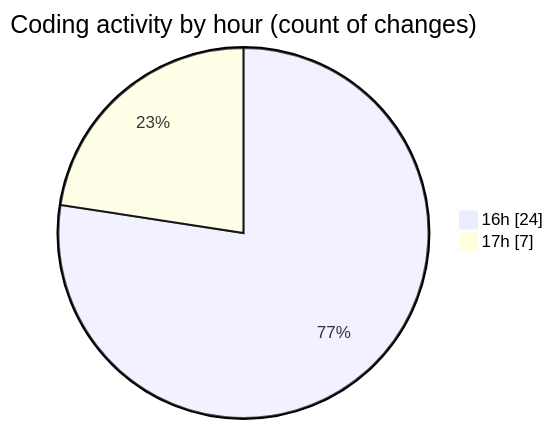
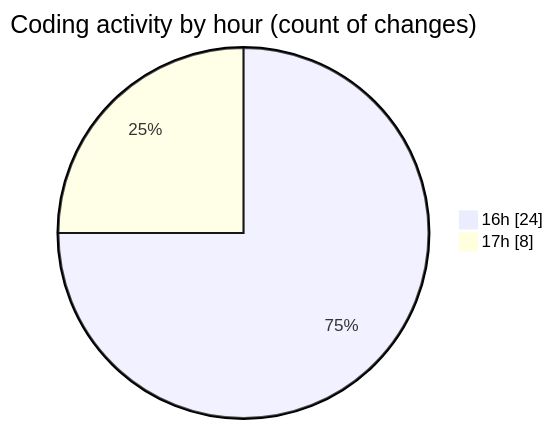
Before and after one commit to donsfak/code-tracking: the second of 2 diagrams in 2025-01-26/trackers_app/README.md, drawn with Mermaid. The commit also changed other lines of this file and 1 other file, not shown here.

````diff
--- a/2025-01-26/trackers_app/README.md
+++ b/2025-01-26/trackers_app/README.md
@@ -34,6 +36,6 @@
 ```mermaid
 pie showData
 title Coding activity by hour (count of changes)
 "16h" : 24
-"17h" : 7
+"17h" : 8
 ```
````
